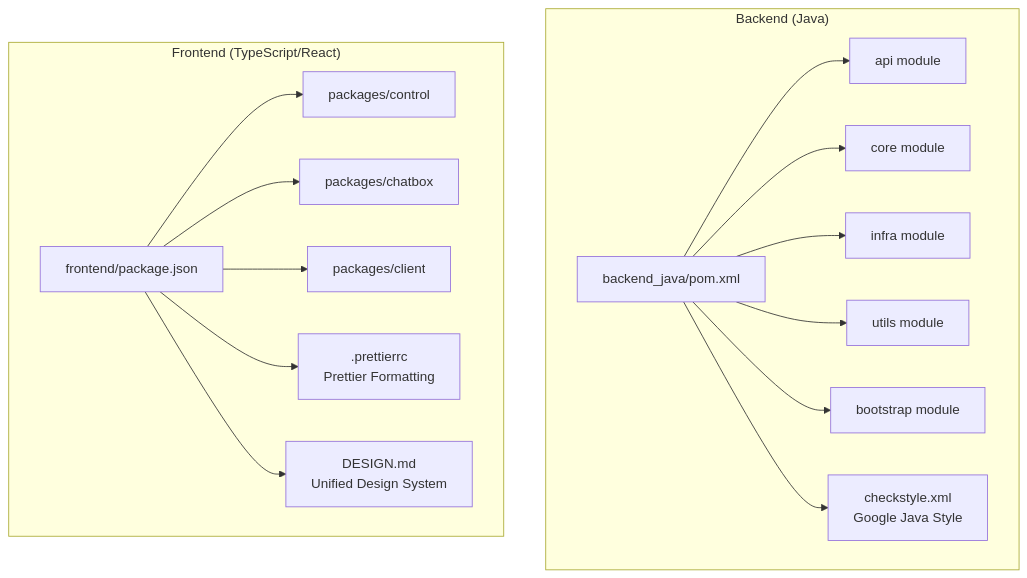
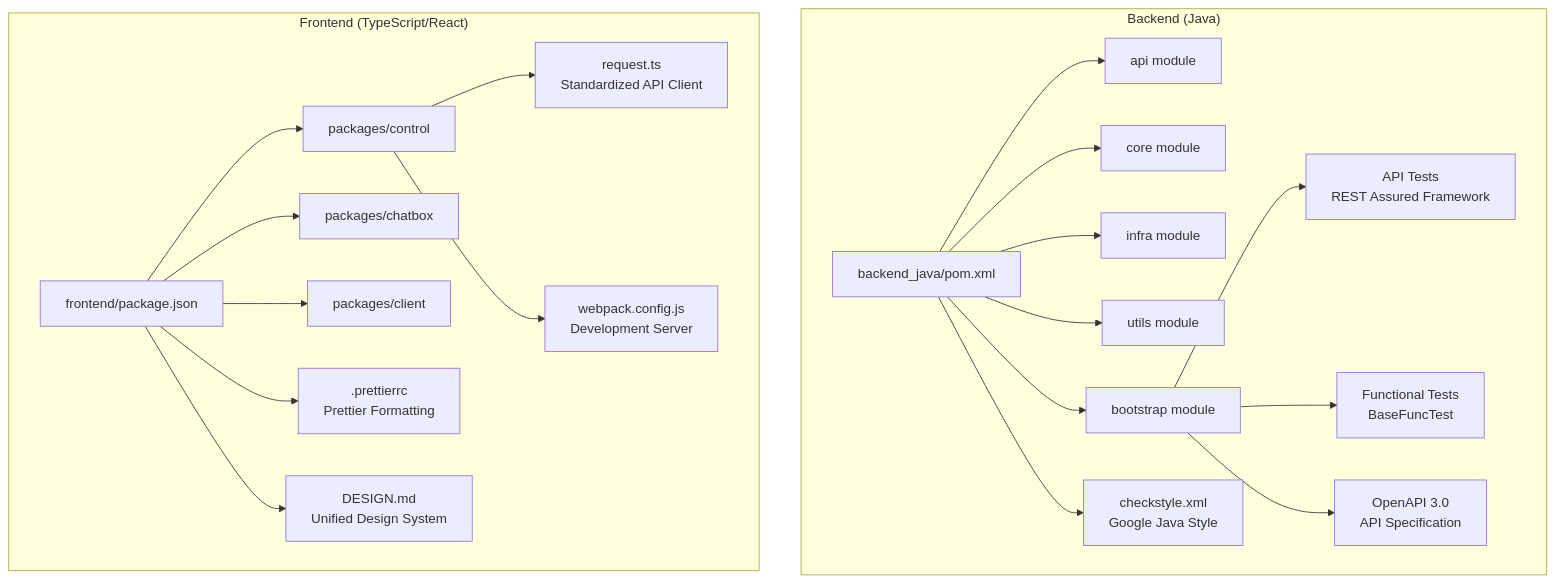
The first of 9 diagrams in .qoder/repowiki/en/content/Development Guidelines.md (alibaba/tron-one-agent), drawn with Mermaid before and after one commit. The commit also changed other lines of this file and 6 other files, not shown here.

````diff
--- a/.qoder/repowiki/en/content/Development Guidelines.md
+++ b/.qoder/repowiki/en/content/Development Guidelines.md
@@ -55,31 +68,41 @@
 ```mermaid
 graph TB
 subgraph "Backend (Java)"
 POM["backend_java/pom.xml"]
 API["api module"]
 CORE["core module"]
 INFRA["infra module"]
 UTILS["utils module"]
 BOOT["bootstrap module"]
 CHECKSTYLE["checkstyle.xml<br/>Google Java Style"]
+API_TESTS["API Tests<br/>REST Assured Framework"]
+FUNC_TESTS["Functional Tests<br/>BaseFuncTest"]
+ENDPOINTS["OpenAPI 3.0<br/>API Specification"]
 end
 subgraph "Frontend (TypeScript/React)"
 FE_PKG["frontend/package.json"]
 CONTROL["packages/control"]
 CHATBOX["packages/chatbox"]
 CLIENT["packages/client"]
 PRETTIER[".prettierrc<br/>Prettier Formatting"]
 DESIGN["DESIGN.md<br/>Unified Design System"]
+REQUEST["request.ts<br/>Standardized API Client"]
+WEBPACK["webpack.config.js<br/>Development Server"]
 end
 POM --> API
 POM --> CORE
 POM --> INFRA
 POM --> UTILS
 POM --> BOOT
 POM --> CHECKSTYLE
+BOOT --> API_TESTS
+BOOT --> FUNC_TESTS
+BOOT --> ENDPOINTS
 FE_PKG --> CONTROL
 FE_PKG --> CHATBOX
 FE_PKG --> CLIENT
 FE_PKG --> PRETTIER
 FE_PKG --> DESIGN
+CONTROL --> REQUEST
+CONTROL --> WEBPACK
 ```
````
